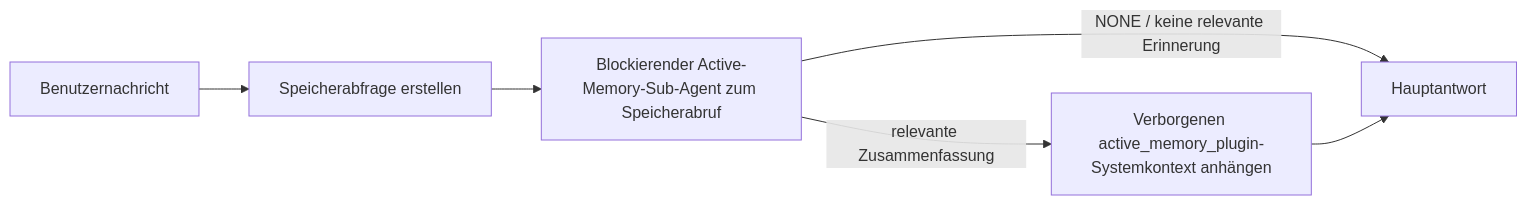
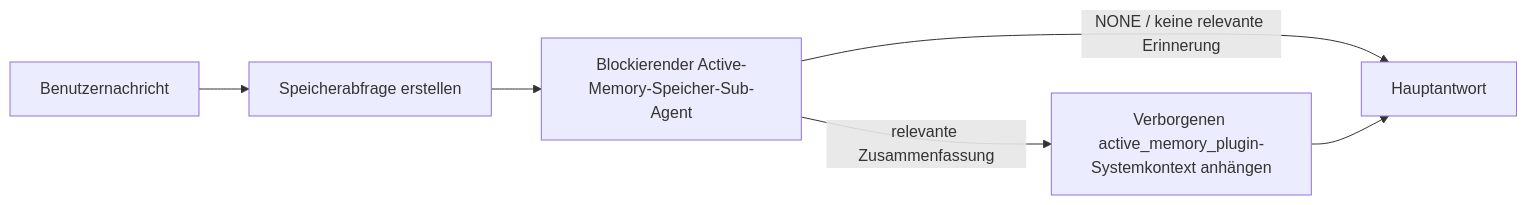
Before and after one commit to openclaw/docs: the diagram in docs/de/concepts/active-memory.md, drawn with Mermaid. The commit also changed other lines of this file and 6121 other files, not shown here.

````diff
--- a/docs/de/concepts/active-memory.md
+++ b/docs/de/concepts/active-memory.md
@@ -73,8 +84,8 @@
 ```mermaid
 flowchart LR
   U["Benutzernachricht"] --> Q["Speicherabfrage erstellen"]
-  Q --> R["Blockierender Active-Memory-Sub-Agent zum Speicherabruf"]
+  Q --> R["Blockierender Active-Memory-Speicher-Sub-Agent"]
   R -->|NONE / keine relevante Erinnerung| M["Hauptantwort"]
   R -->|relevante Zusammenfassung| I["Verborgenen active_memory_plugin-Systemkontext anhängen"]
   I --> M["Hauptantwort"]
 ```
````
